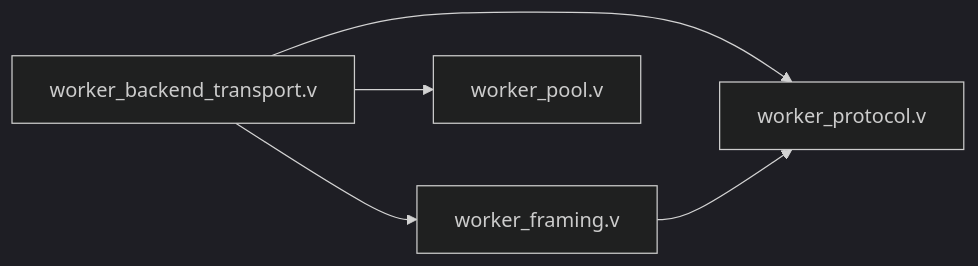
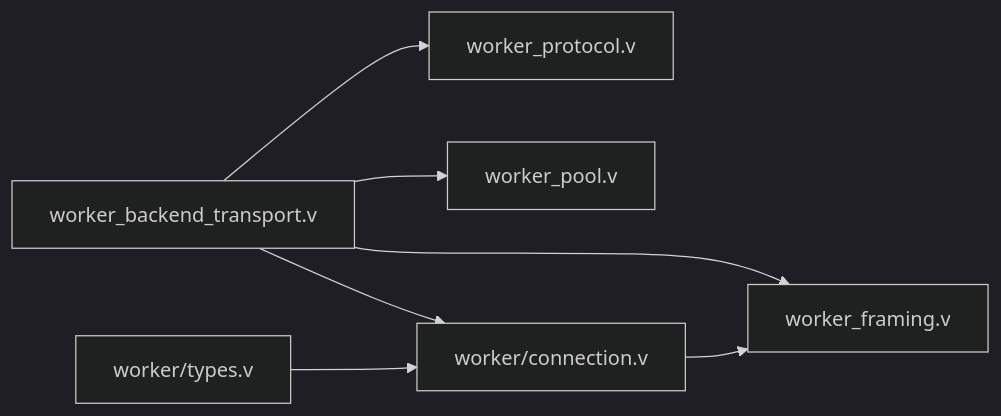
Before and after one commit to guweigang/vhttpd: the seventh of 7 diagrams in .qoder/repowiki/zh/content/传输层处理/工作进程通信协议.md, drawn with Mermaid (dark theme). The commit also changed other lines of this file and 54 other files, not shown here.

````diff
--- a/.qoder/repowiki/zh/content/传输层处理/工作进程通信协议.md
+++ b/.qoder/repowiki/zh/content/传输层处理/工作进程通信协议.md
@@ -278,7 +339,9 @@
 ```mermaid
 graph LR
 WBT["worker_backend_transport.v"] --> WF["worker_framing.v"]
 WBT --> WP["worker_protocol.v"]
 WBT --> WPOOL["worker_pool.v"]
-WF --> WP
+WBT --> CONN["worker/connection.v"]
+CONN --> WF
+WTYPES["worker/types.v"] --> CONN
 ```
````
